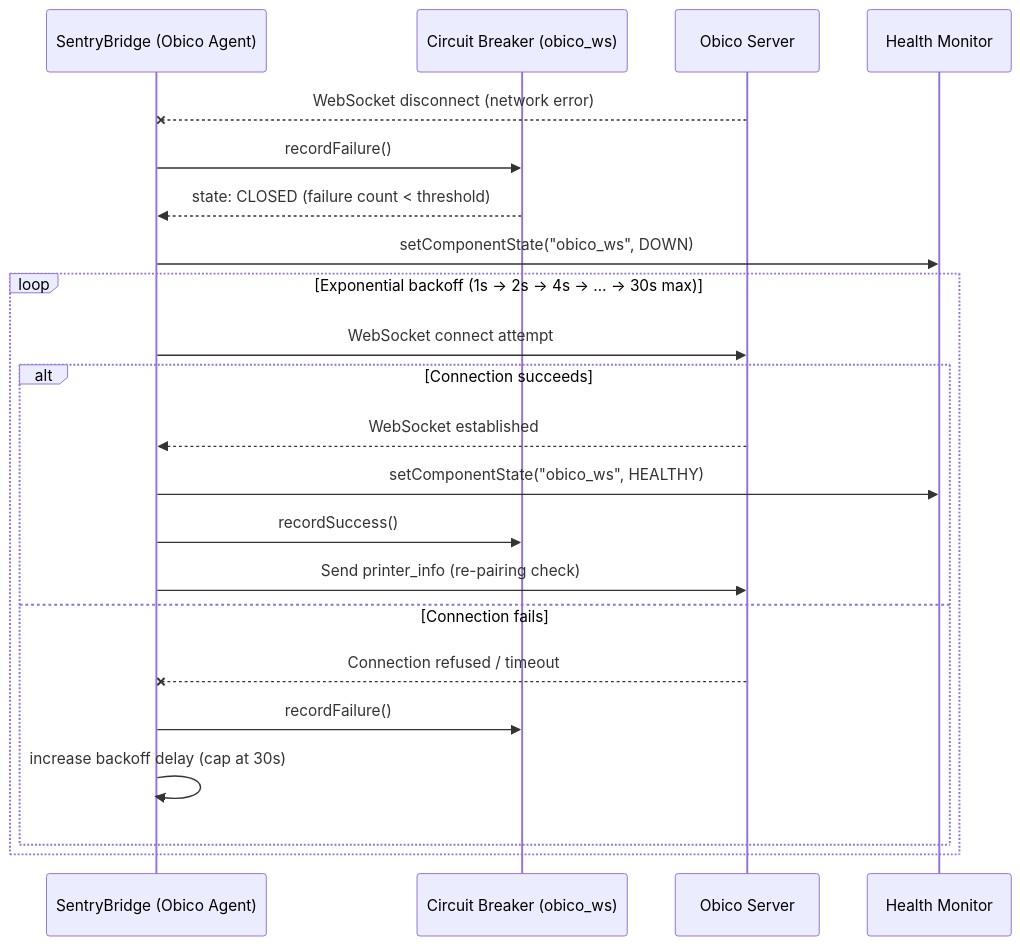
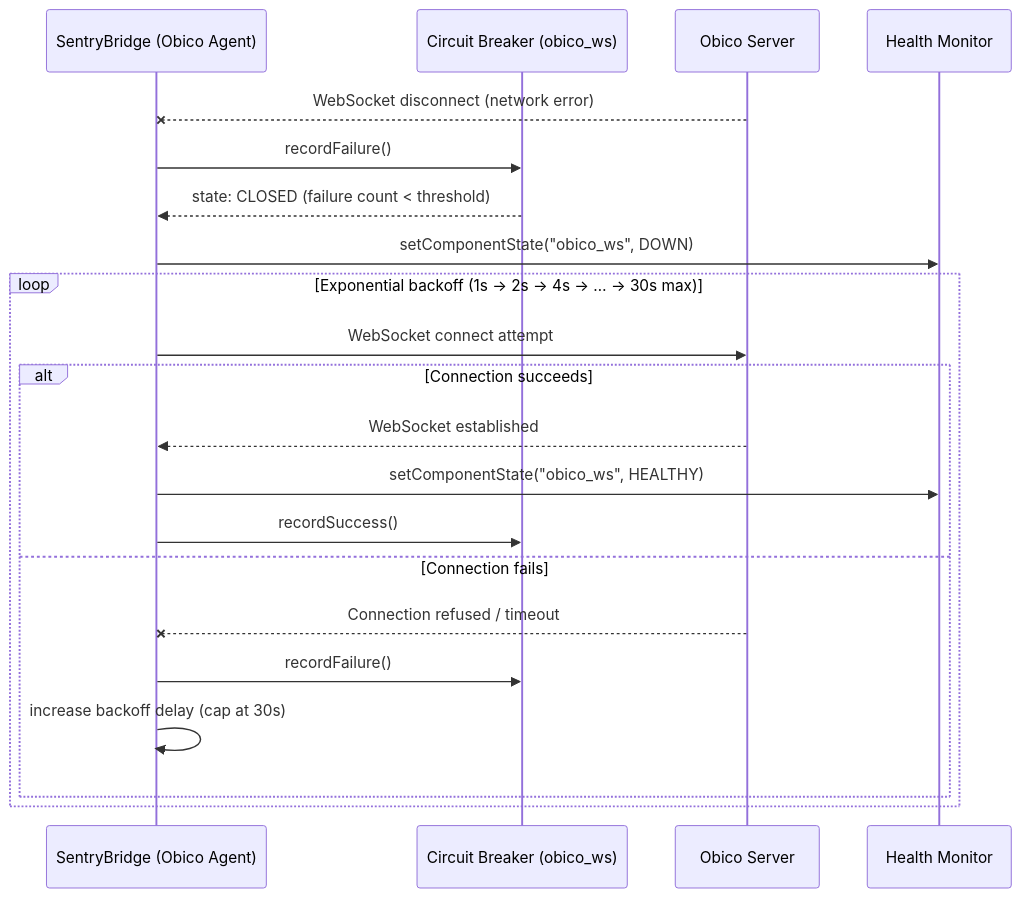
One commit to reneleban/sentry-bridge changed the third of 9 diagrams in docs/architecture/06_runtime_view/README.md. Above: the diagram before and after it, drawn with Mermaid. The commit also changed other lines of this file and 17 other files, not shown here.

````diff
--- a/docs/architecture/06_runtime_view/README.md
+++ b/docs/architecture/06_runtime_view/README.md
@@ -57,26 +60,25 @@
 ```mermaid
 sequenceDiagram
     participant Bridge as SentryBridge (Obico Agent)
     participant CB as Circuit Breaker (obico_ws)
     participant Obico as Obico Server
     participant Health as Health Monitor
 
     Obico--xBridge: WebSocket disconnect (network error)
     Bridge->>CB: recordFailure()
     CB-->>Bridge: state: CLOSED (failure count < threshold)
     Bridge->>Health: setComponentState("obico_ws", DOWN)
 
     loop Exponential backoff (1s → 2s → 4s → … → 30s max)
         Bridge->>Obico: WebSocket connect attempt
         alt Connection succeeds
             Obico-->>Bridge: WebSocket established
             Bridge->>Health: setComponentState("obico_ws", HEALTHY)
             Bridge->>CB: recordSuccess()
-            Bridge->>Obico: Send printer_info (re-pairing check)
         else Connection fails
             Obico--xBridge: Connection refused / timeout
             Bridge->>CB: recordFailure()
             Bridge->>Bridge: increase backoff delay (cap at 30s)
         end
     end
 ```
````
